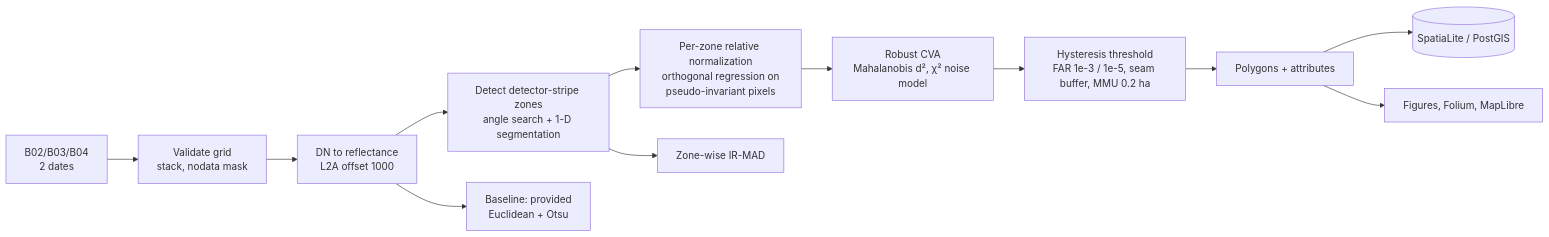
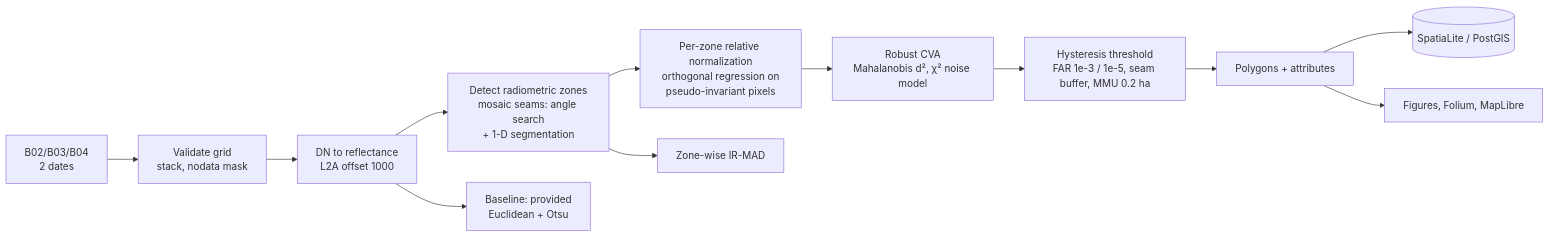
Before and after one commit to dzakybd/s2change: the diagram in README.md, drawn with Mermaid. The commit also changed other lines of this file and 4 other files, not shown here.

````diff
--- a/README.md
+++ b/README.md
@@ -63,14 +65,14 @@
 ```mermaid
 flowchart LR
   A[B02/B03/B04<br/>2 dates] --> B[Validate grid<br/>stack, nodata mask]
   B --> C[DN to reflectance<br/>L2A offset 1000]
-  C --> D[Detect detector-stripe zones<br/>angle search + 1-D segmentation]
+  C --> D[Detect radiometric zones<br/>mosaic seams: angle search<br/>+ 1-D segmentation]
   D --> E[Per-zone relative normalization<br/>orthogonal regression on<br/>pseudo-invariant pixels]
   E --> F[Robust CVA<br/>Mahalanobis d², χ² noise model]
   F --> G[Hysteresis threshold<br/>FAR 1e-3 / 1e-5, seam buffer, MMU 0.2 ha]
   G --> H[Polygons + attributes]
   H --> I[(SpatiaLite / PostGIS)]
   H --> J[Figures, Folium, MapLibre]
   C --> K[Baseline: provided<br/>Euclidean + Otsu]
   D --> L[Zone-wise IR-MAD]
 ```
````
